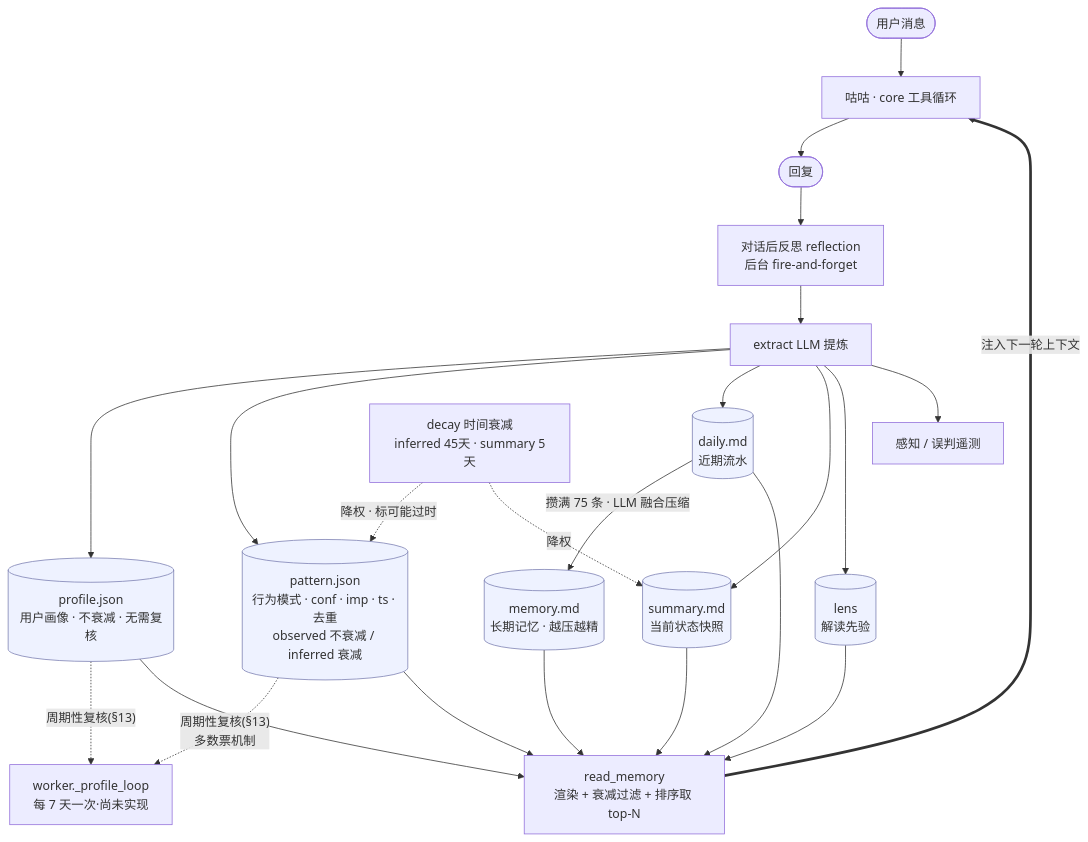
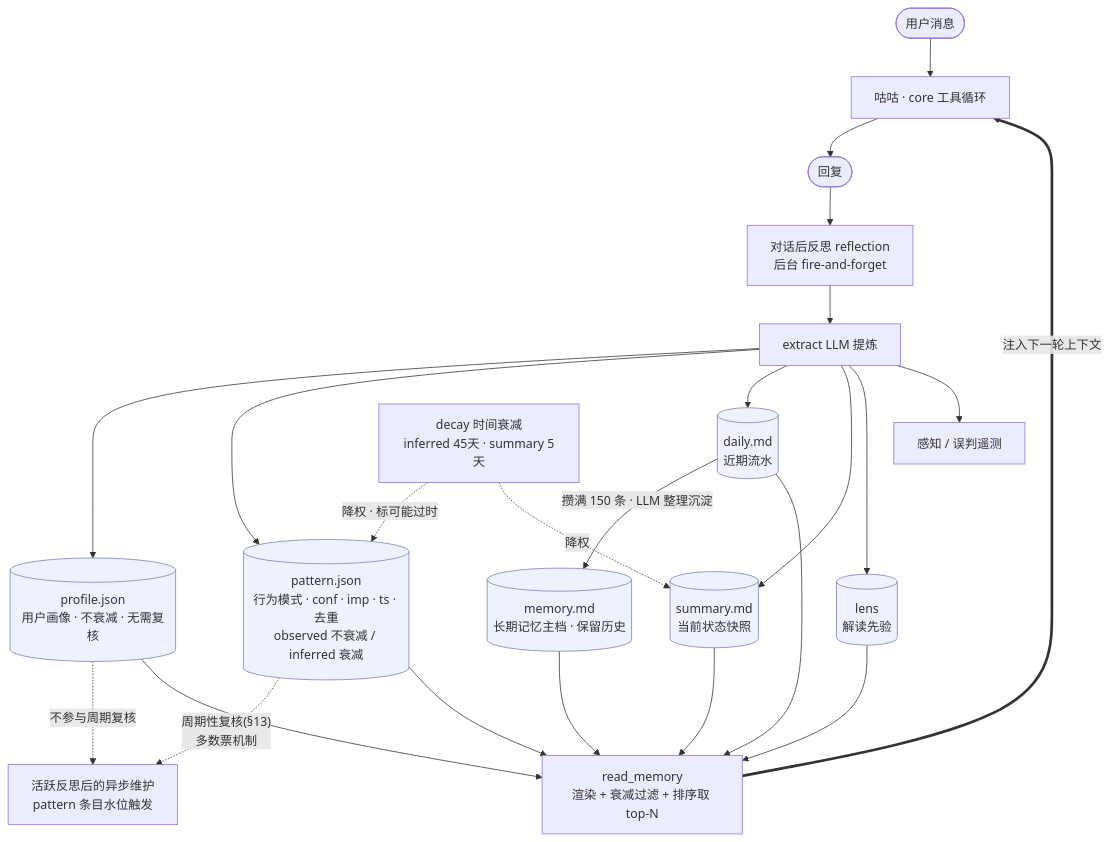
Before and after one commit to Coffeiz/Gugu-web: the first of 2 diagrams in docs/agent/11-记忆系统.md, drawn with Mermaid. The commit also changed other lines of this file and 393 other files, not shown here.

````diff
--- a/docs/agent/11-记忆系统.md
+++ b/docs/agent/11-记忆系统.md
@@ -24,31 +26,31 @@
 ```mermaid
 flowchart TB
     U([用户消息]) --> BRAIN[咕咕 · core 工具循环]
     BRAIN --> REPLY([回复])
     READ[read_memory<br/>渲染 + 衰减过滤 + 排序取 top-N] == 注入下一轮上下文 ==> BRAIN
 
     REPLY --> REF[对话后反思 reflection<br/>后台 fire-and-forget]
     REF --> EX[extract LLM 提炼]
     EX --> PROFILE[(profile.json<br/>用户画像 · 不衰减 · 无需复核)]
     EX --> PATTERN[(pattern.json<br/>行为模式 · conf · imp · ts · 去重<br/>observed 不衰减 / inferred 衰减)]
     EX --> DAILY[(daily.md<br/>近期流水)]
     EX --> SUM[(summary.md<br/>当前状态快照)]
     EX --> LENS[(lens<br/>解读先验)]
     EX --> PERC[感知 / 误判遥测]
 
-    DAILY -- 攒满 75 条 · LLM 融合压缩 --> MEM[(memory.md<br/>长期记忆 · 越压越精)]
-    PROFILE -. 周期性复核(§13) .-> PERIODIC[worker._profile_loop<br/>每 7 天一次·尚未实现]
+    DAILY -- 攒满 150 条 · LLM 整理沉淀 --> MEM[(memory.md<br/>长期记忆主档 · 保留历史)]
+    PROFILE -. 不参与周期复核 .-> PERIODIC[活跃反思后的异步维护<br/>pattern 条目水位触发]
     PATTERN -. 周期性复核(§13)<br/>多数票机制 .-> PERIODIC
     DECAY[decay 时间衰减<br/>inferred 45天 · summary 5天] -. 降权 · 标可能过时 .-> PATTERN
     DECAY -. 降权 .-> SUM
 
     PROFILE --> READ
     PATTERN --> READ
     MEM --> READ
     DAILY --> READ
     SUM --> READ
     LENS --> READ
 
     classDef store fill:#eef2ff,stroke:#7b7fb2,color:#333;
     class PROFILE,PATTERN,DAILY,MEM,SUM,LENS store;
 ```
````
